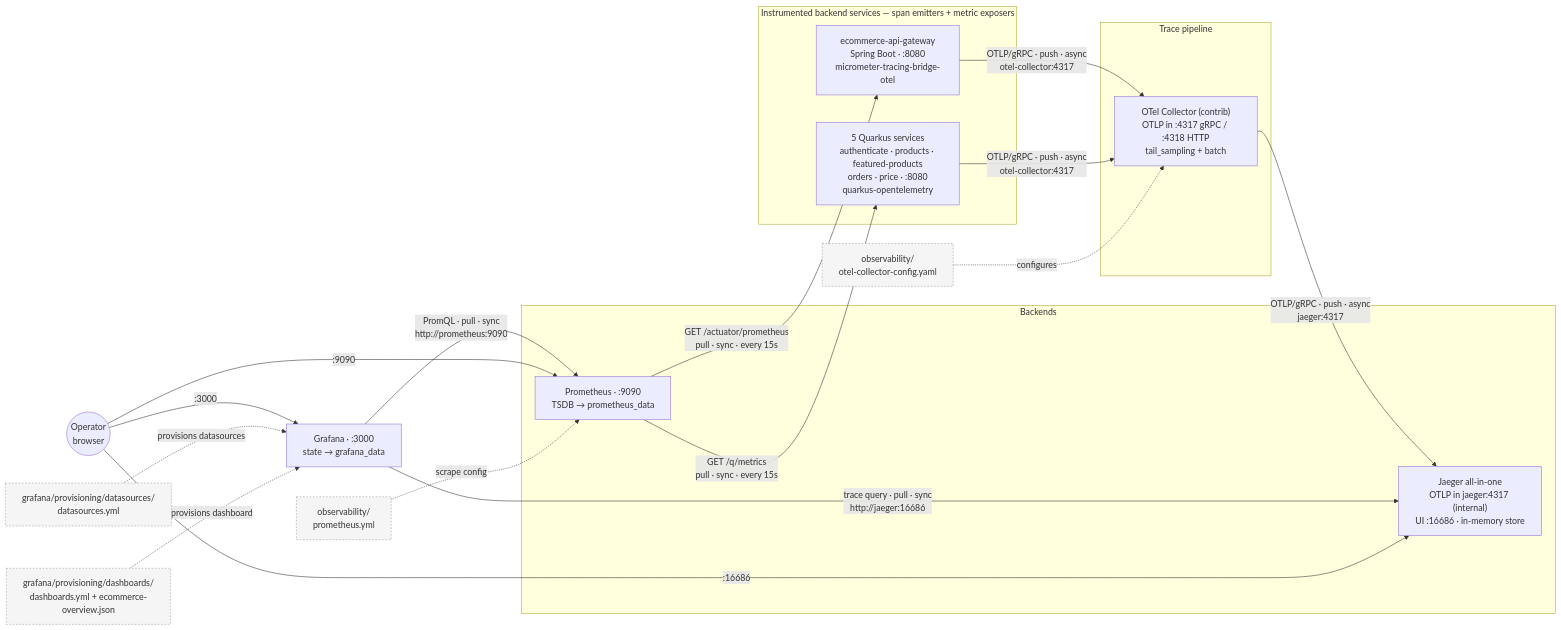
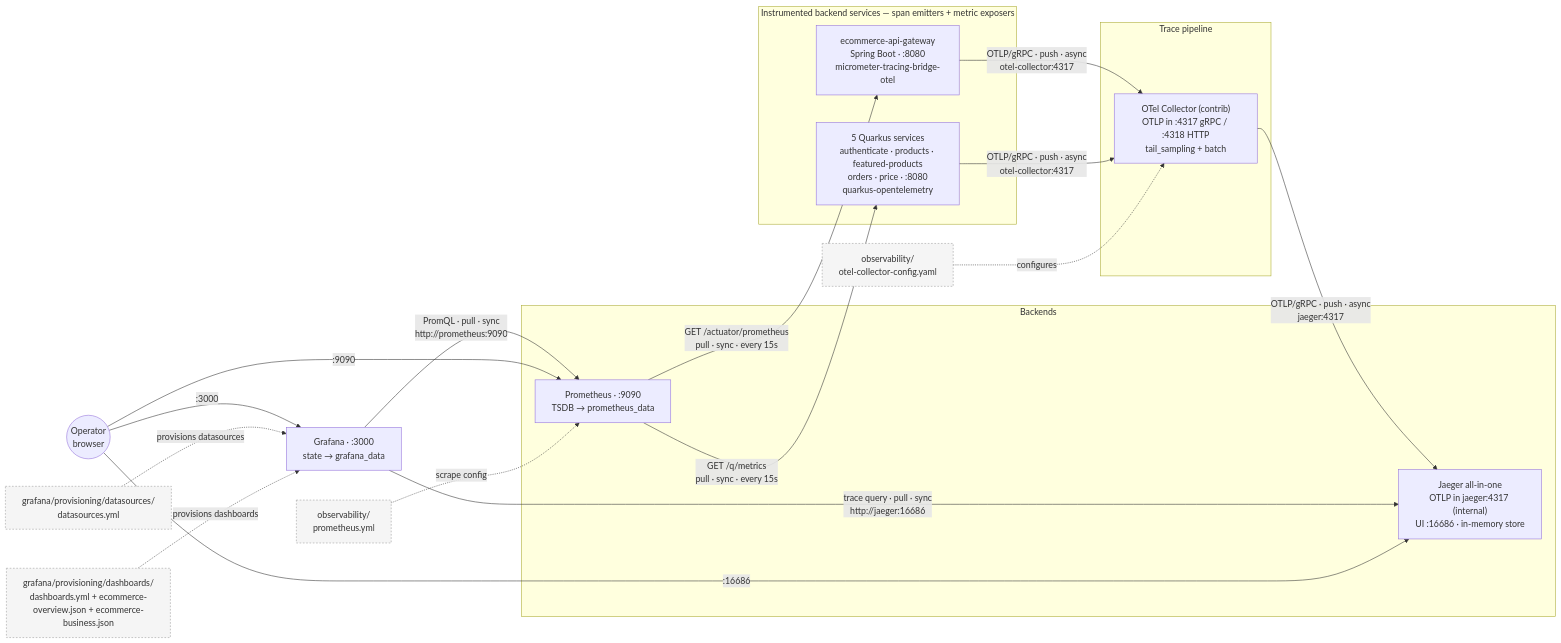
Before and after one commit to chakib-mohamed/ecommerce: the diagram in docs/specs/observability.md, drawn with Mermaid. The commit also changed other lines of this file and 2 other files, not shown here.

Commit message:
feat(observability): add Business KPIs Grafana dashboard
Add the Ecommerce Business KPIs dashboard, auto-provisioned alongside the
existing Ecommerce Overview. It surfaces the functional/business meters
recorded in the control layer of the four business-owning Quarkus services
(authenticate, products, orders, price) over the auto-instrumented RED/JVM/
Kafka signals.

Panels (grouped into rows):
- Orders & Revenue: orders/min, order value p50/p95, orders confirmed/min,
  checkouts by outcome
- Authentication: logins and registrations by outcome (success/failure)
- Catalog: product / category / promotion mutations by op, image uploads and
  price-updates-consumed
- Pricing: calculations by outcome, applied discount p50/p95, price updates by
  outcome

Percentile panels use histogram_quantile over the *_bucket series emitted by
the publishPercentileHistogram() distribution summaries.

Docs: point docs/specs/observability.md (diagram + files table) and CLAUDE.md
at the new dashboard and docs/specs/functional-metrics.md.

````diff
--- a/docs/specs/observability.md
+++ b/docs/specs/observability.md
@@ -103,45 +103,45 @@
 ```mermaid
 flowchart LR
     subgraph SRC["Instrumented backend services — span emitters + metric exposers"]
         GW["ecommerce-api-gateway<br/>Spring Boot · :8080<br/>micrometer-tracing-bridge-otel"]
         QK["5 Quarkus services<br/>authenticate · products · featured-products<br/>orders · price · :8080<br/>quarkus-opentelemetry"]
     end
 
     subgraph PIPE["Trace pipeline"]
         COL["OTel Collector (contrib)<br/>OTLP in :4317 gRPC / :4318 HTTP<br/>tail_sampling + batch"]
     end
 
     subgraph STORE["Backends"]
         JAEGER["Jaeger all-in-one<br/>OTLP in jaeger:4317 (internal)<br/>UI :16686 · in-memory store"]
         PROM["Prometheus · :9090<br/>TSDB → prometheus_data"]
     end
 
     GRAF["Grafana · :3000<br/>state → grafana_data"]
     OP(("Operator<br/>browser"))
 
     %% ---- Traces: PUSH / async ----
     GW  -- "OTLP/gRPC · push · async<br/>otel-collector:4317" --> COL
     QK  -- "OTLP/gRPC · push · async<br/>otel-collector:4317" --> COL
     COL -- "OTLP/gRPC · push · async<br/>jaeger:4317" --> JAEGER
 
     %% ---- Metrics: PULL / sync (scrape) ----
     PROM -- "GET /actuator/prometheus<br/>pull · sync · every 15s" --> GW
     PROM -- "GET /q/metrics<br/>pull · sync · every 15s" --> QK
 
     %% ---- Grafana datasource queries: PULL / sync ----
     GRAF -- "PromQL · pull · sync<br/>http://prometheus:9090" --> PROM
     GRAF -- "trace query · pull · sync<br/>http://jaeger:16686" --> JAEGER
 
     %% ---- Operator UIs (host-published) ----
     OP -- ":3000" --> GRAF
     OP -- ":16686" --> JAEGER
     OP -- ":9090" --> PROM
 
     %% ---- Config / provisioning files (mounted :ro) ----
     FCOL["observability/<br/>otel-collector-config.yaml"]:::cfg -. configures .-> COL
     FPROM["observability/<br/>prometheus.yml"]:::cfg -. scrape config .-> PROM
     FDS["grafana/provisioning/datasources/<br/>datasources.yml"]:::cfg -. provisions datasources .-> GRAF
-    FDASH["grafana/provisioning/dashboards/<br/>dashboards.yml + ecommerce-overview.json"]:::cfg -. provisions dashboard .-> GRAF
+    FDASH["grafana/provisioning/dashboards/<br/>dashboards.yml + ecommerce-overview.json + ecommerce-business.json"]:::cfg -. provisions dashboards .-> GRAF
 
     classDef cfg fill:#f5f5f5,stroke:#999,stroke-dasharray:3 3,color:#333;
 ```
````
